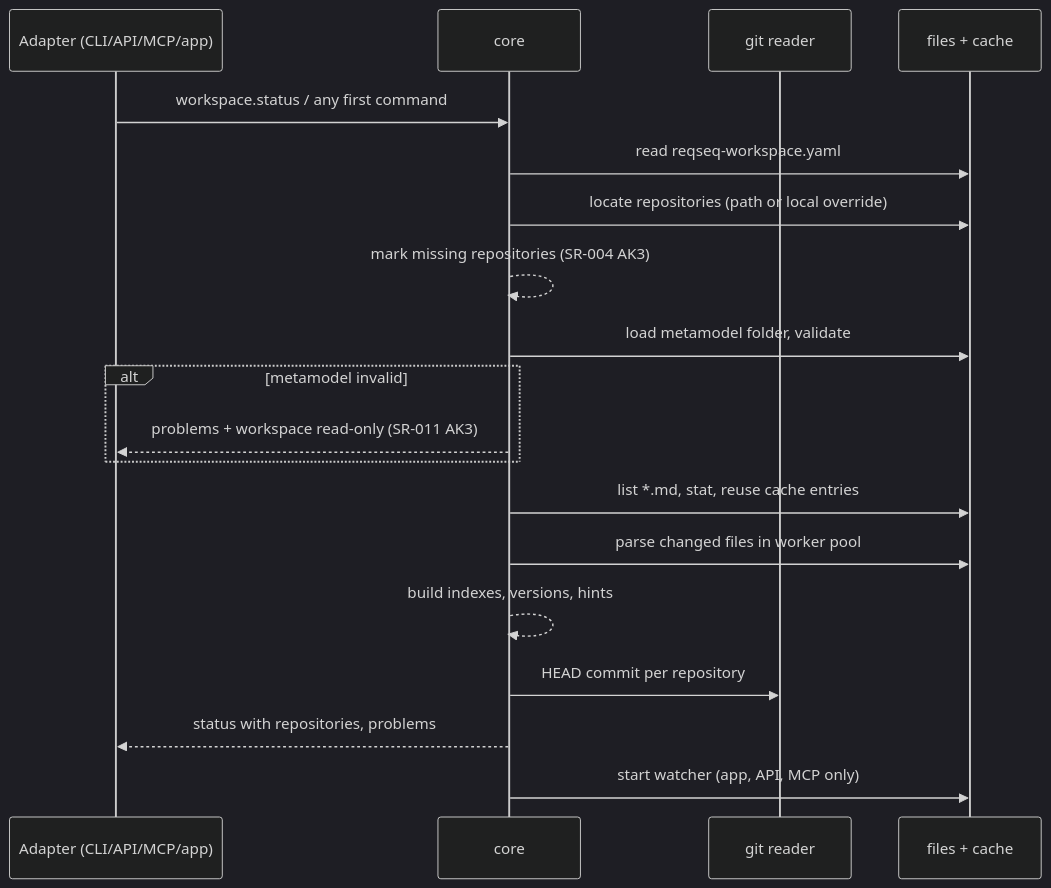
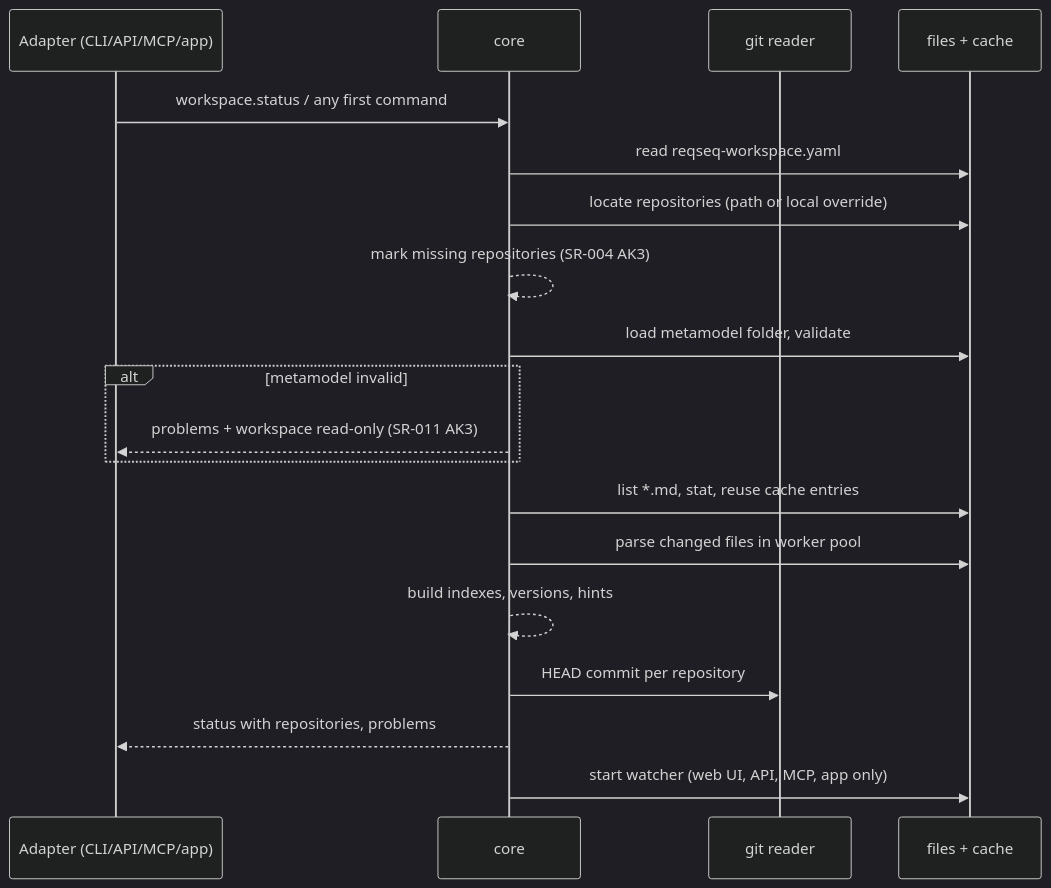
The third of 4 diagrams in docs/architecture/README.md (ThomasBirkmaier/ReqSeq), drawn with Mermaid (dark theme) before and after one commit. The commit also changed other lines of this file and 4 other files, not shown here.

````diff
--- a/docs/architecture/README.md
+++ b/docs/architecture/README.md
@@ -197,21 +198,21 @@
 ```mermaid
 sequenceDiagram
   participant A as Adapter (CLI/API/MCP/app)
   participant C as core
   participant G as git reader
   participant FS as files + cache
   A->>C: workspace.status / any first command
   C->>FS: read reqseq-workspace.yaml
   C->>FS: locate repositories (path or local override)
   C-->>C: mark missing repositories (SR-004 AK3)
   C->>FS: load metamodel folder, validate
   alt metamodel invalid
     C-->>A: problems + workspace read-only (SR-011 AK3)
   end
   C->>FS: list *.md, stat, reuse cache entries
   C->>FS: parse changed files in worker pool
   C-->>C: build indexes, versions, hints
   C->>G: HEAD commit per repository
   C-->>A: status with repositories, problems
-  C->>FS: start watcher (app, API, MCP only)
+  C->>FS: start watcher (web UI, API, MCP, app only)
 ```
````
